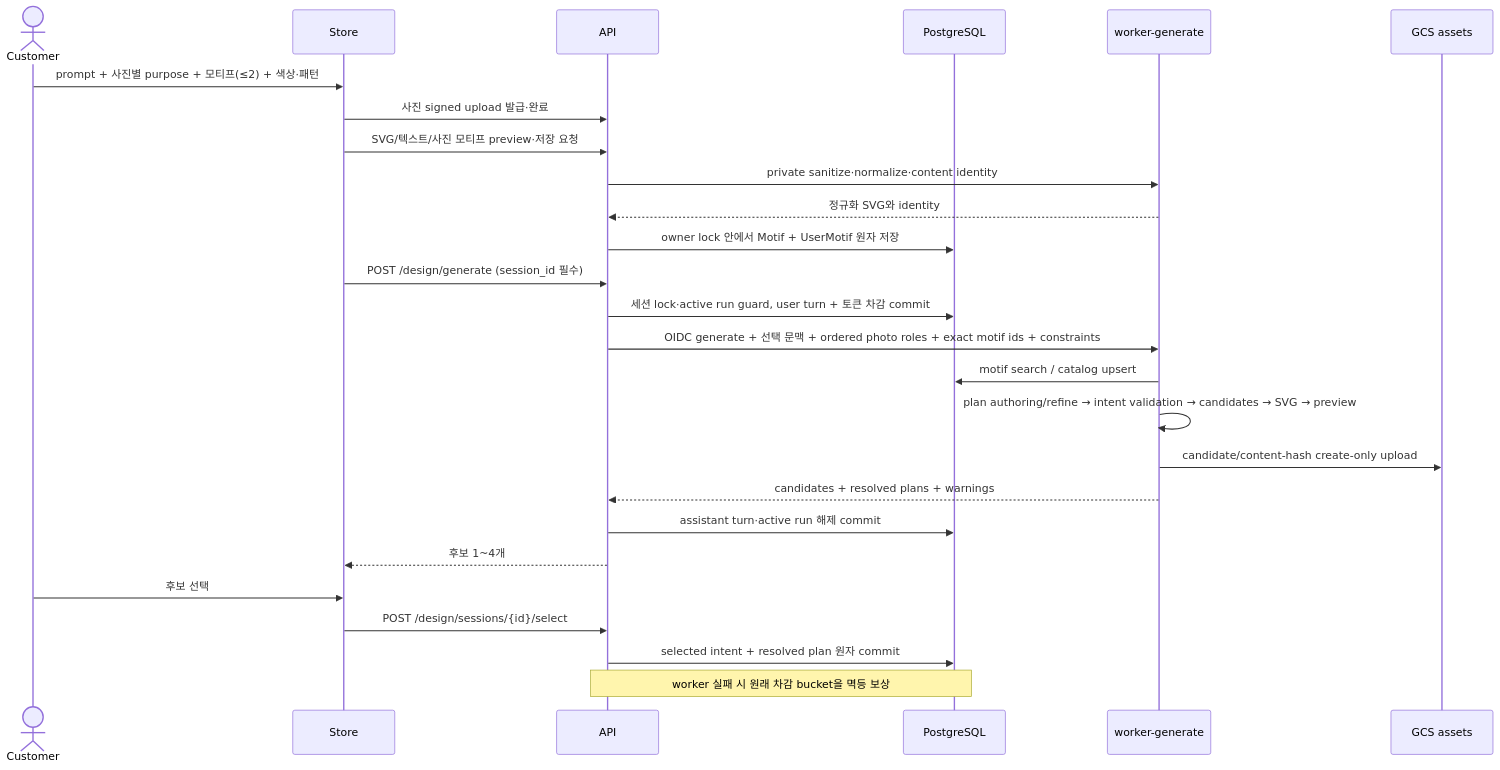
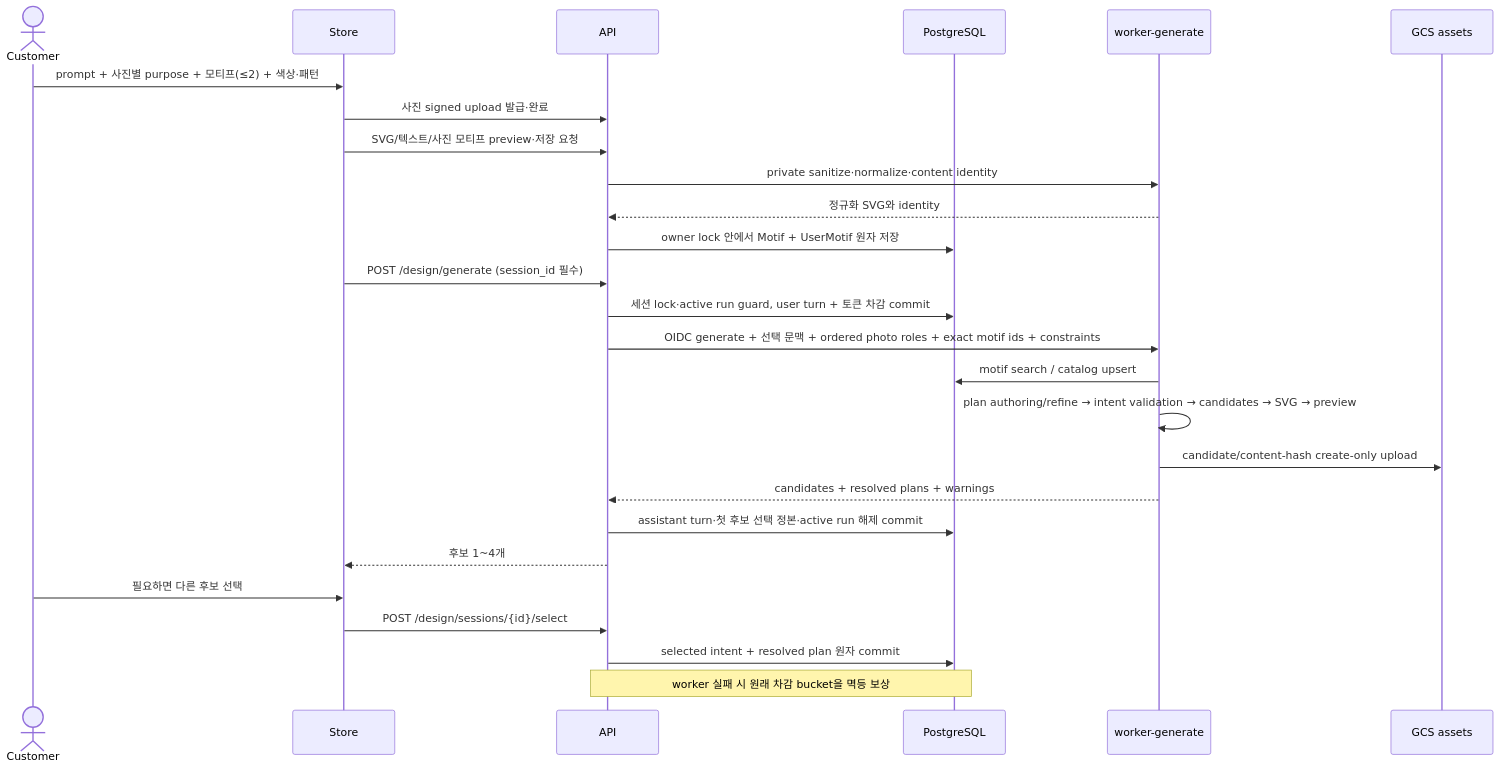
The fifth of 8 diagrams in ARCHITECTURE.md (Bongseop-Kim/essesion), drawn with Mermaid before and after one commit. The commit also changed other lines of this file and 23 other files, not shown here.

````diff
--- a/ARCHITECTURE.md
+++ b/ARCHITECTURE.md
@@ -545,30 +545,30 @@
 ```mermaid
 sequenceDiagram
     actor U as Customer
     participant S as Store
     participant A as API
     participant DB as PostgreSQL
     participant W as worker-generate
     participant G as GCS assets
 
     U->>S: prompt + 사진별 purpose + 모티프(≤2) + 색상·패턴
     S->>A: 사진 signed upload 발급·완료
     S->>A: SVG/텍스트/사진 모티프 preview·저장 요청
     A->>W: private sanitize·normalize·content identity
     W-->>A: 정규화 SVG와 identity
     A->>DB: owner lock 안에서 Motif + UserMotif 원자 저장
     S->>A: POST /design/generate (session_id 필수)
     A->>DB: 세션 lock·active run guard, user turn + 토큰 차감 commit
     A->>W: OIDC generate + 선택 문맥 + ordered photo roles + exact motif ids + constraints
     W->>DB: motif search / catalog upsert
     W->>W: plan authoring/refine → intent validation → candidates → SVG → preview
     W->>G: candidate/content-hash create-only upload
     W-->>A: candidates + resolved plans + warnings
-    A->>DB: assistant turn·active run 해제 commit
+    A->>DB: assistant turn·첫 후보 선택 정본·active run 해제 commit
     A-->>S: 후보 1~4개
-    U->>S: 후보 선택
+    U->>S: 필요하면 다른 후보 선택
     S->>A: POST /design/sessions/{id}/select
     A->>DB: selected intent + resolved plan 원자 commit
 
     Note over A,DB: worker 실패 시 원래 차감 bucket을 멱등 보상
 ```
````
